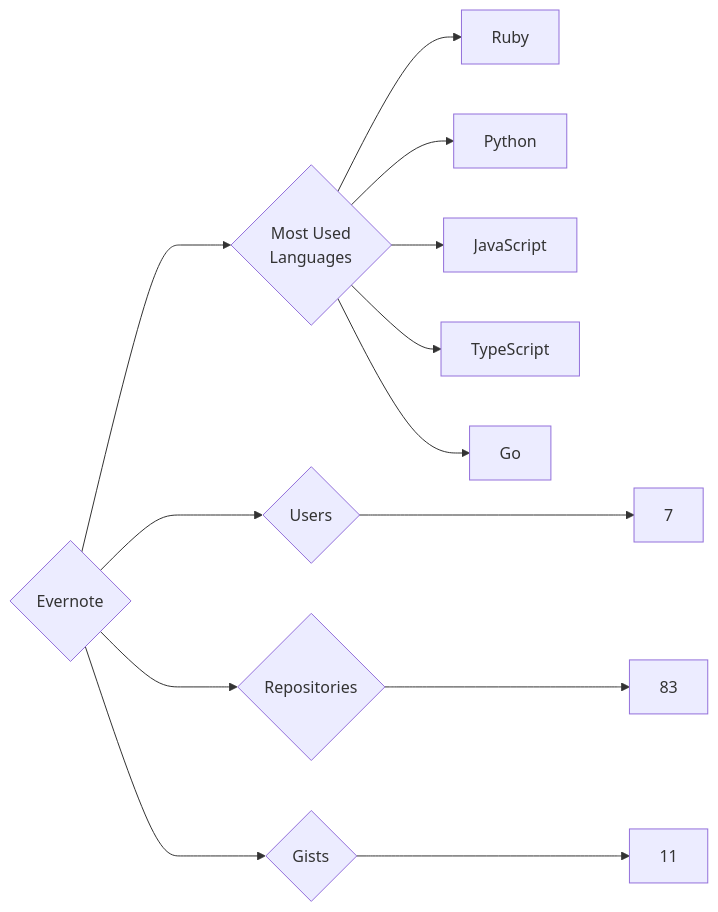
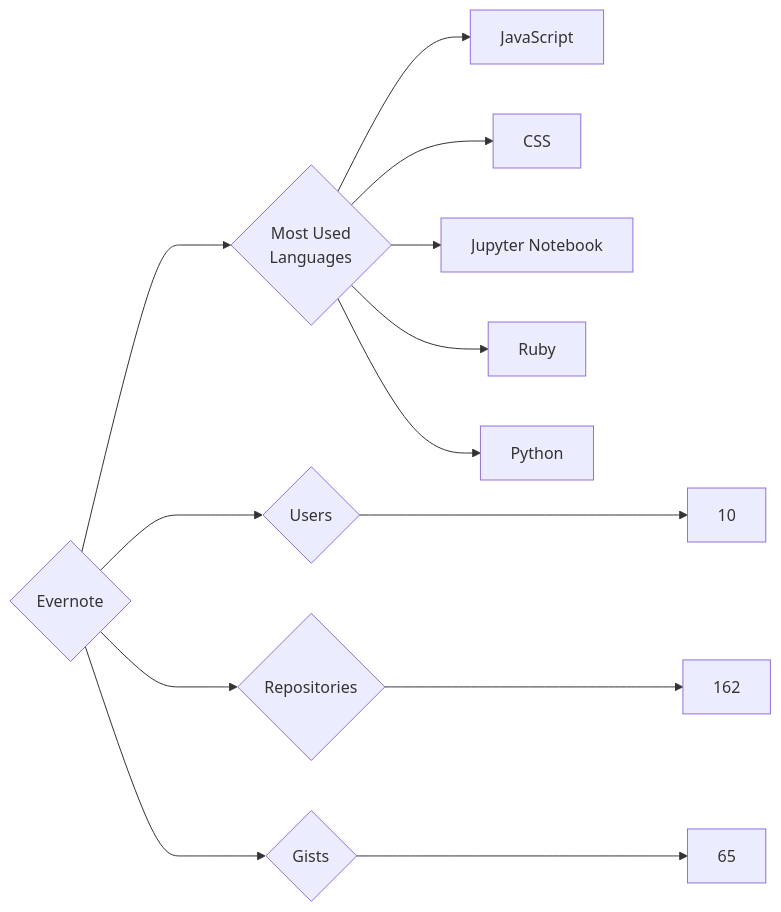
The diagram in targets/Evernote/README.md (trickest/insiders), drawn with Mermaid before and after one commit. The commit also changed 1175 other files, not shown here.

````diff
--- a/targets/Evernote/README.md
+++ b/targets/Evernote/README.md
@@ -3,13 +3,13 @@
 ```mermaid
 graph LR
 COMPANY_NAME{Evernote}
-COMPANY_NAME ---> U{Users} ---> UN[7]
-COMPANY_NAME ---> R{Repositories} ---> RN[83]
-COMPANY_NAME ---> G{Gists} ---> GN[11]
+COMPANY_NAME ---> U{Users} ---> UN[10]
+COMPANY_NAME ---> R{Repositories} ---> RN[162]
+COMPANY_NAME ---> G{Gists} ---> GN[65]
 COMPANY_NAME ---> ML{Most Used<br>Languages}
+ML --> JavaScript[JavaScript]
+ML --> CSS[CSS]
+ML --> Jupyter_Notebook[Jupyter Notebook]
 ML --> Ruby[Ruby]
 ML --> Python[Python]
-ML --> JavaScript[JavaScript]
-ML --> TypeScript[TypeScript]
-ML --> Go[Go]
 ```
````
